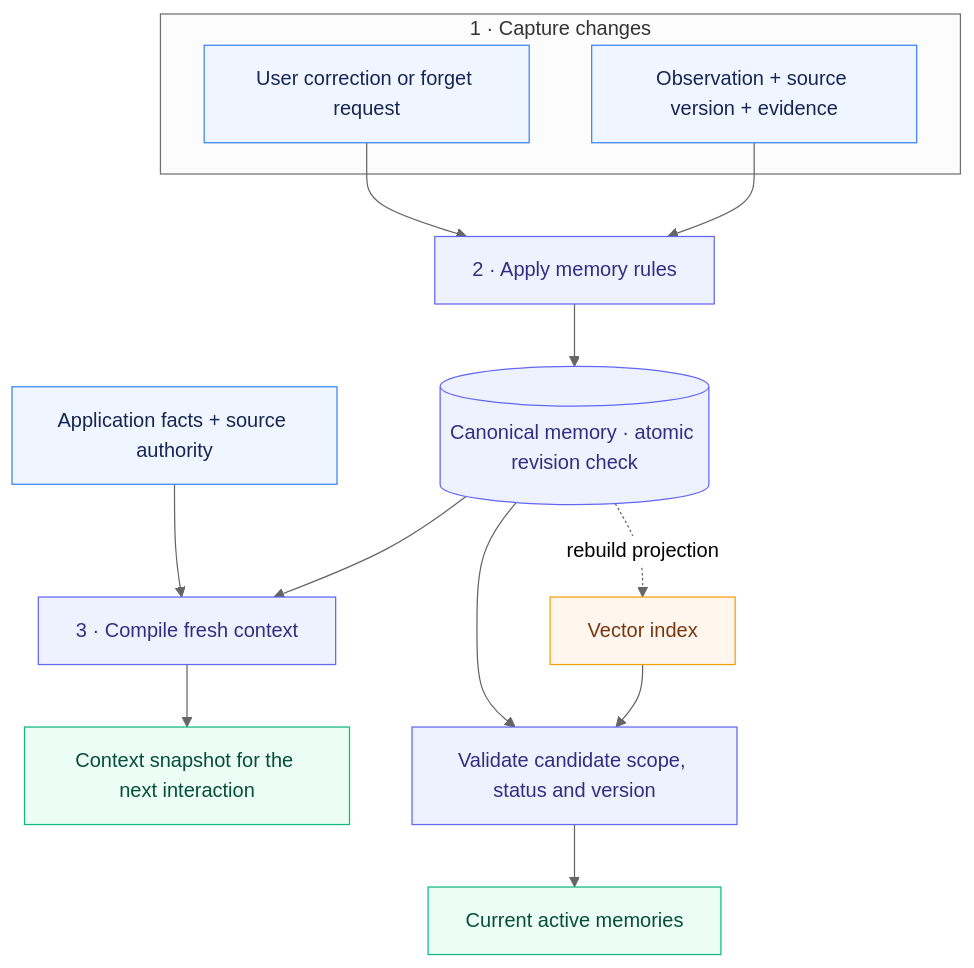
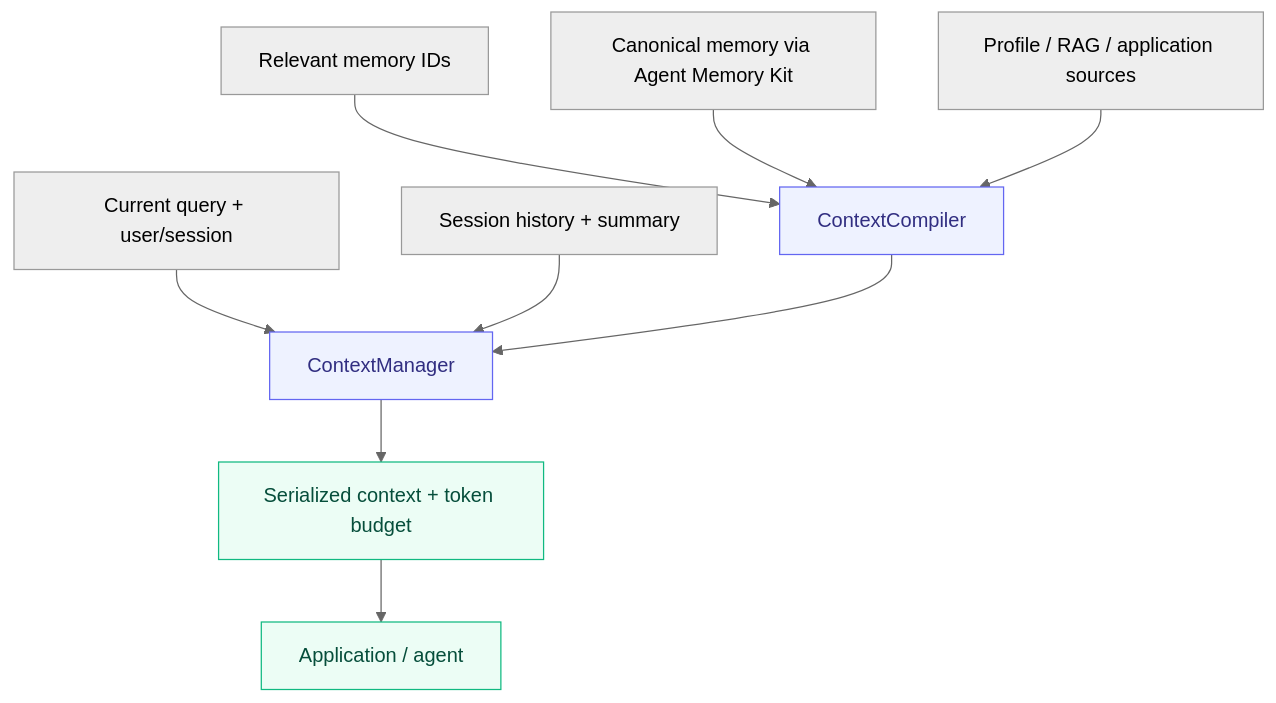
One commit to Elyon0517/agent-context-builder changed the diagram in README.md. Above: the diagram before and after it, drawn with Mermaid (neutral theme). The commit also changed other lines of this file and 16 other files, not shown here.

Commit message:
Separate memory component and add session context orchestration

````diff
--- a/README.md
+++ b/README.md
@@ -27,29 +19,15 @@
 ```mermaid
-flowchart TB
-    subgraph Inputs["1 · Capture changes"]
-        O["Observation + source version + evidence"]
-        U["User correction or forget request"]
-    end
-
-    O --> E["2 · Apply memory rules"]
-    U --> E
-    E --> S[("Canonical memory · atomic revision check")]
-
-    S --> C["3 · Compile fresh context"]
-    P["Application facts + source authority"] --> C
-    C --> N["Context snapshot for the next interaction"]
-
-    S -. "rebuild projection" .-> V["Vector index"]
-    V --> G["Validate candidate scope, status and version"]
-    S --> G
-    G --> R["Current active memories"]
-
-    classDef input fill:#EFF6FF,stroke:#3B82F6,color:#172554
+flowchart TD
+    Q[Current query + user/session] --> M[ContextManager]
+    H[Session history + summary] --> M
+    R[Relevant memory IDs] --> C[ContextCompiler]
+    S[Canonical memory via Agent Memory Kit] --> C
+    F[Profile / RAG / application sources] --> C
+    C --> M
+    M --> B[Serialized context + token budget]
+    B --> A[Application / agent]
     classDef core fill:#EEF2FF,stroke:#6366F1,color:#312E81
     classDef output fill:#ECFDF5,stroke:#10B981,color:#064E3B
-    classDef derived fill:#FFF7ED,stroke:#F59E0B,color:#78350F
-    class O,U,P input
-    class E,S,C,G core
-    class N,R output
-    class V derived
+    class M,C core
+    class B,A output
 ```
````
